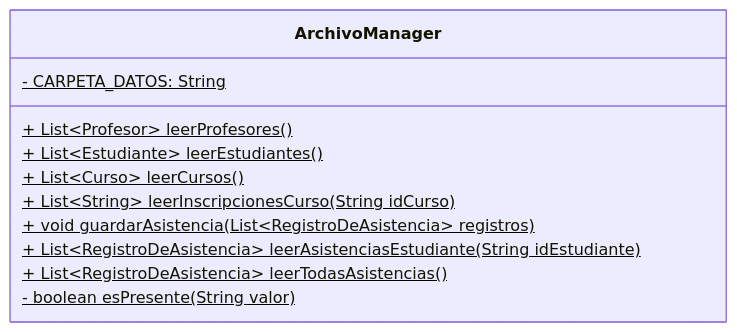
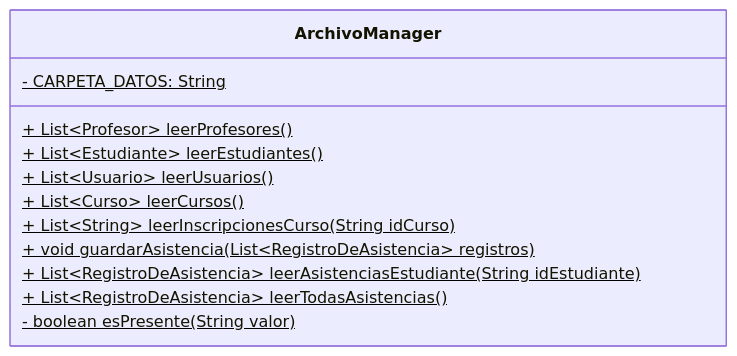
The diagram in docs/storage/ArchivoManager.mmd (Aireck2/take-attendance-java), drawn with Mermaid before and after one commit. The commit also changed 13 other files, not shown here.

First line of the commit message:
docs(auth): document roles, login flow and demo credentials

```diff
--- a/docs/storage/ArchivoManager.mmd
+++ b/docs/storage/ArchivoManager.mmd
@@ -1,12 +1,13 @@
 classDiagram
     class ArchivoManager {
         - CARPETA_DATOS: String$
         + List~Profesor~ leerProfesores()$
         + List~Estudiante~ leerEstudiantes()$
+        + List~Usuario~ leerUsuarios()$
         + List~Curso~ leerCursos()$
         + List~String~ leerInscripcionesCurso(String idCurso)$
         + void guardarAsistencia(List~RegistroDeAsistencia~ registros)$
         + List~RegistroDeAsistencia~ leerAsistenciasEstudiante(String idEstudiante)$
         + List~RegistroDeAsistencia~ leerTodasAsistencias()$
         - boolean esPresente(String valor)$
     }
```
